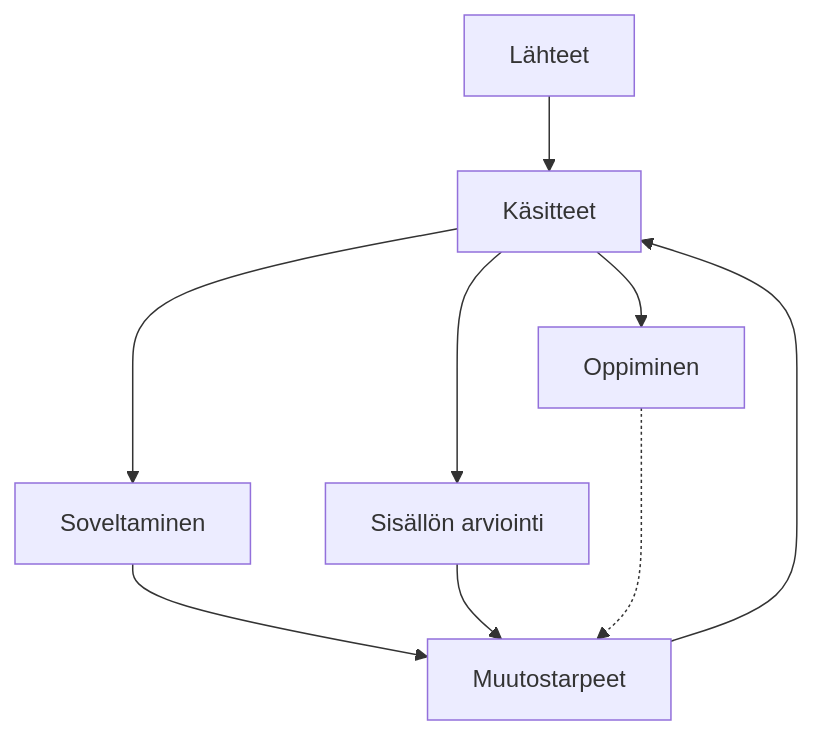
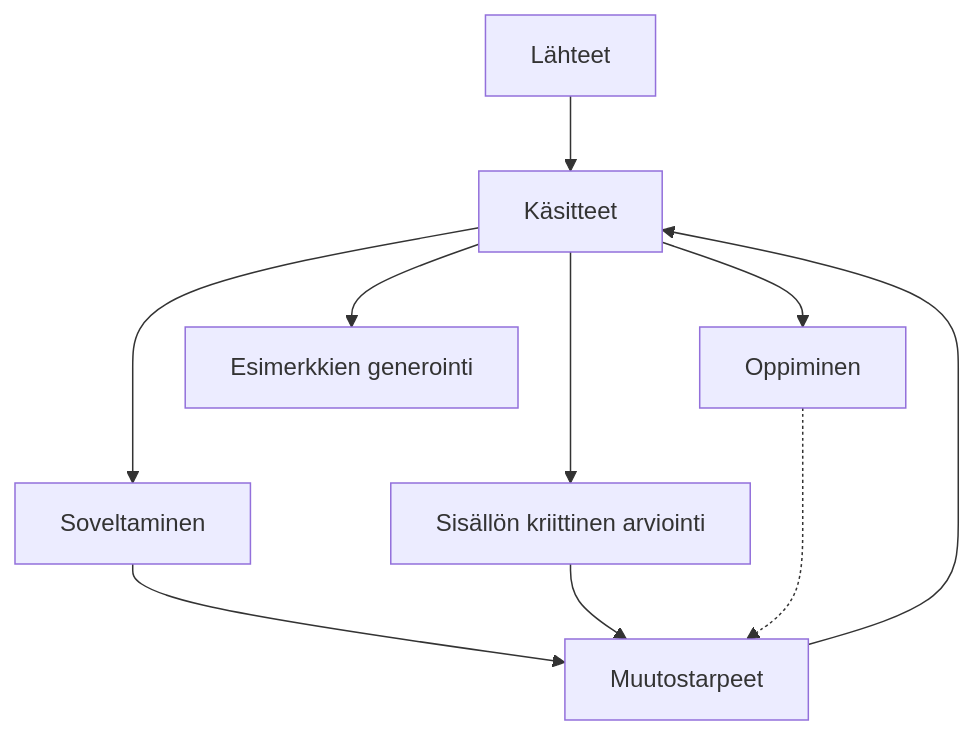
One commit to mvattulainen/bias-agent changed the diagram in content/llm-wiki.md. Above: the diagram before and after it, drawn with Mermaid. The commit also changed other lines of this file and 7 other files, not shown here.

````diff
--- a/content/llm-wiki.md
+++ b/content/llm-wiki.md
@@ -25,17 +25,19 @@
 ```mermaid  
 flowchart TD  
 A[Lähteet] 
 B[Käsitteet]
 C[Soveltaminen]
 D[Muutostarpeet]
 E[Oppiminen]
-F[Sisällön arviointi]
+F[Sisällön kriittinen arviointi]
+G[Esimerkkien generointi]
 A --> B
 B --> C
 C --> D
 D --> B
 B --> E
 B --> F
 F --> D
+B --> G
 E -..-> D
 ```
````
